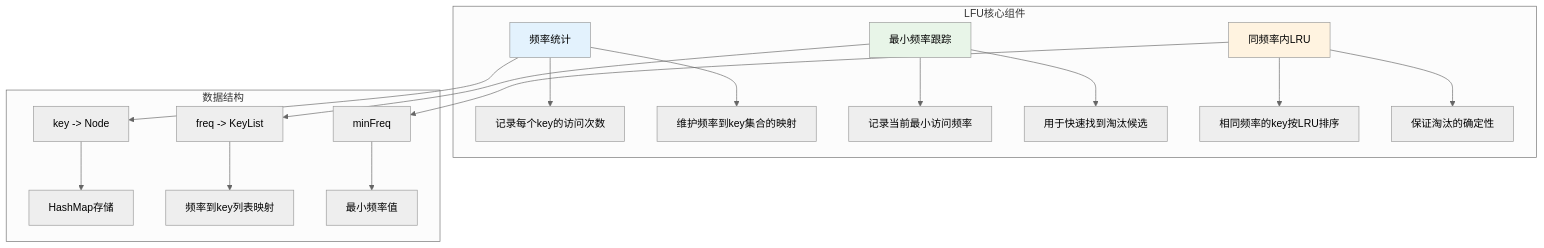
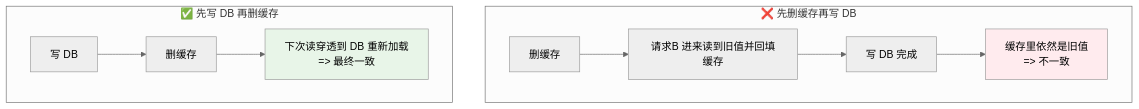
Before and after one commit to chongyang211/YCBookBlog: the tenth of 16 diagrams in 00.通用技术的提升/07.方案设计思想/卷二-数据与存储/07.缓存架构设计思想.md, drawn with Mermaid (neutral theme). The commit also changed other lines of this file and 44 other files, not shown here.

````diff
--- a/00.通用技术的提升/07.方案设计思想/卷二-数据与存储/07.缓存架构设计思想.md
+++ b/00.通用技术的提升/07.方案设计思想/卷二-数据与存储/07.缓存架构设计思想.md
@@ -841,27 +438,16 @@
 ```mermaid
 graph TB
-    subgraph "LFU核心组件"
-        A[频率统计] --> A1[记录每个key的访问次数]
-        A --> A2[维护频率到key集合的映射]
-        
-        B[最小频率跟踪] --> B1[记录当前最小访问频率]
-        B --> B2[用于快速找到淘汰候选]
-        
-        C[同频率内LRU] --> C1[相同频率的key按LRU排序]
-        C --> C2[保证淘汰的确定性]
+    subgraph "❌ 先删缓存再写 DB"
+        A1[删缓存] --> A2[请求B 进来读到旧值并回填缓存]
+        A2 --> A3[写 DB 完成]
+        A3 --> A4[缓存里依然是旧值<br/>=> 不一致]
     end
     
-    subgraph "数据结构"
-        D[key -> Node] --> D1[HashMap存储]
-        E[freq -> KeyList] --> E1[频率到key列表映射]
-        F[minFreq] --> F1[最小频率值]
+    subgraph "✅ 先写 DB 再删缓存"
+        B1[写 DB] --> B2[删缓存]
+        B2 --> B3[下次读穿透到 DB 重新加载<br/>=> 最终一致]
     end
     
-    A --> D
-    B --> E
-    C --> F
-    
-    style A fill:#e3f2fd
-    style B fill:#e8f5e8
-    style C fill:#fff3e0
+    style A4 fill:#ffebee
+    style B3 fill:#e8f5e8
 ```
````
